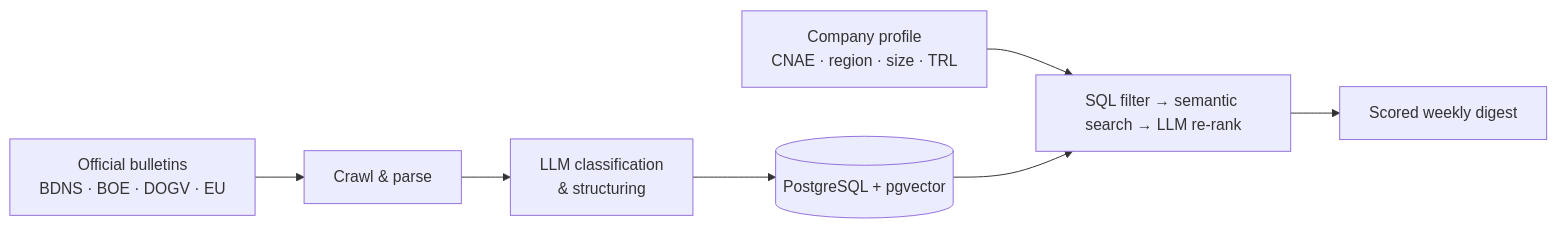
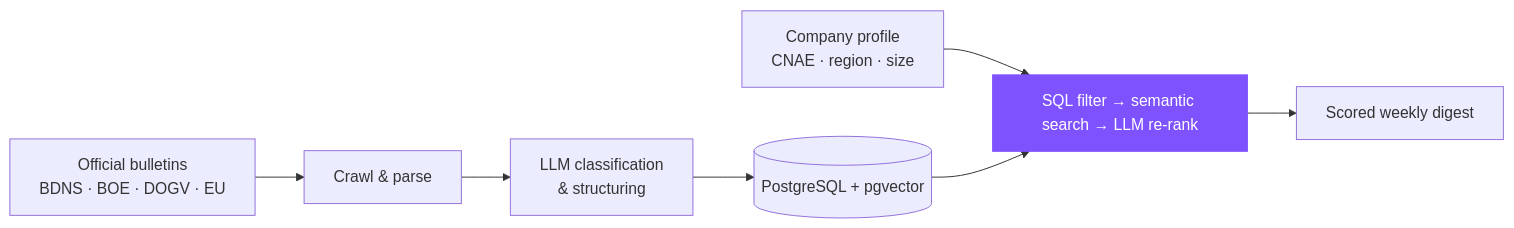
The second of 3 diagrams in README.md (kikebodi/kikebodi), drawn with Mermaid before and after one commit. The commit also changed other lines of this file and 1 other file, not shown here.

First line of the commit message:
Make profile README more visual and fix broken badges

````diff
--- a/README.md
+++ b/README.md
@@ -64,9 +92,10 @@
 ```mermaid
 flowchart LR
-    A[Official bulletins<br/>BDNS · BOE · DOGV · EU] --> B[Crawl & parse]
-    B --> C[LLM classification<br/>& structuring]
-    C --> D[(PostgreSQL + pgvector)]
-    P[Company profile<br/>CNAE · region · size · TRL] --> E
-    D --> E[SQL filter → semantic search → LLM re-rank]
-    E --> F[Scored weekly digest]
+    A["Official bulletins<br/>BDNS · BOE · DOGV · EU"] --> B["Crawl & parse"]
+    B --> C["LLM classification<br/>& structuring"]
+    C --> D[("PostgreSQL + pgvector")]
+    P["Company profile<br/>CNAE · region · size"] --> E
+    D --> E["SQL filter → semantic search → LLM re-rank"]
+    E --> F["Scored weekly digest"]
+    style E fill:#7F52FF,color:#fff,stroke:#7F52FF
 ```
````
